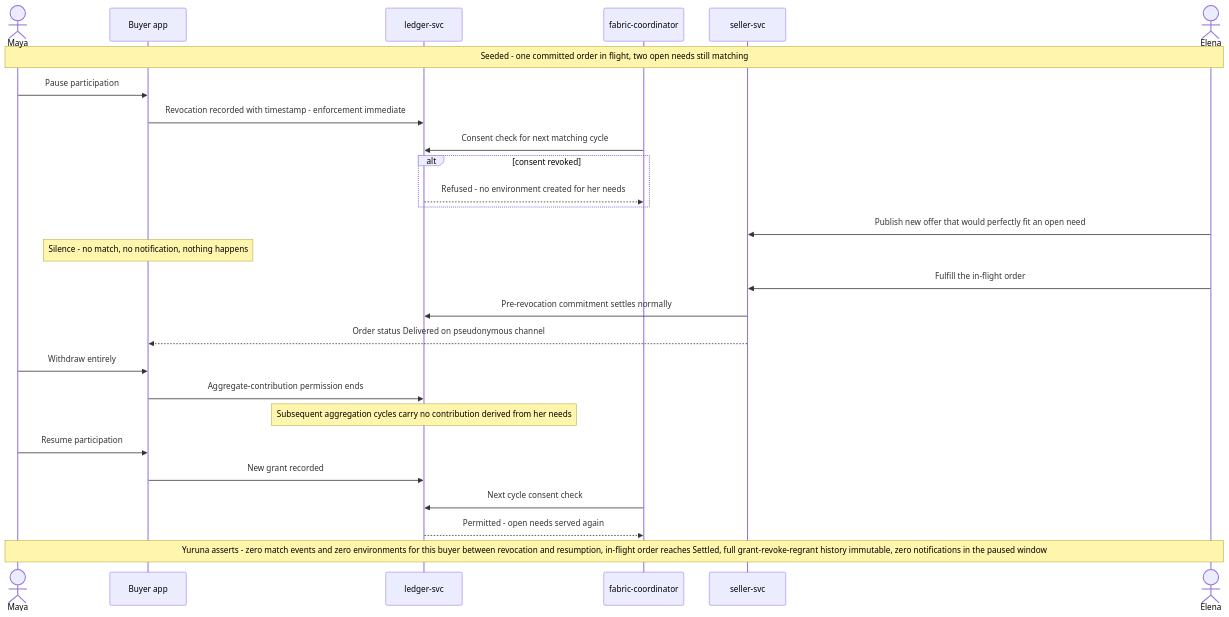
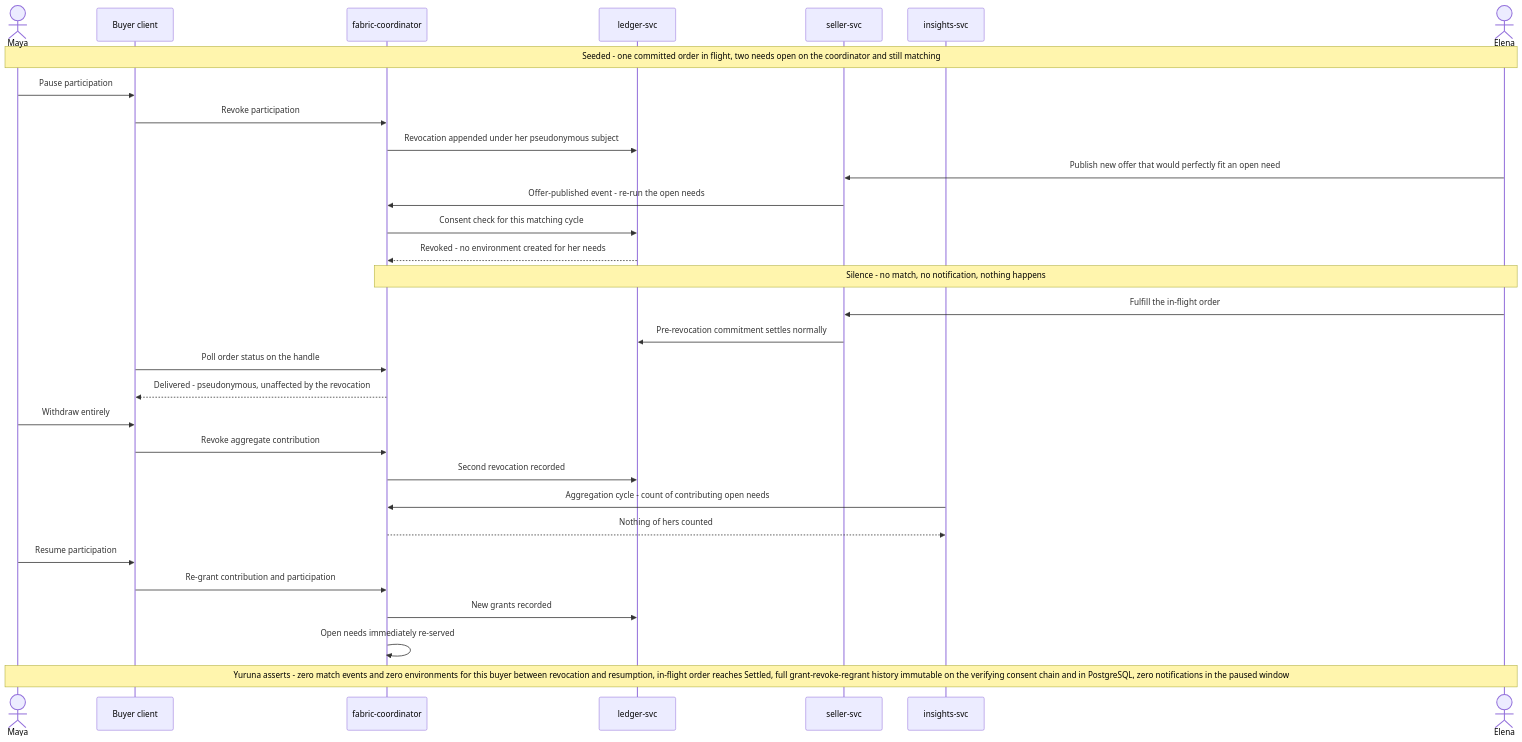
Before and after one commit to alius-git/amisad.dev: the diagram in plan/design/seq.s003.silence.md, drawn with Mermaid. The commit also changed 19 other files, not shown here.

````diff
--- a/plan/design/seq.s003.silence.md
+++ b/plan/design/seq.s003.silence.md
@@ -7,30 +7,34 @@
 ```mermaid
 sequenceDiagram
     actor Maya
-    participant BuyerApp as Buyer app
+    participant BuyerApp as Buyer client
+    participant Coordinator as fabric-coordinator
     participant LedgerSvc as ledger-svc
-    participant Coordinator as fabric-coordinator
     participant SellerSvc as seller-svc
+    participant InsightsSvc as insights-svc
     actor Elena
 
-    Note over Maya,Elena: Seeded - one committed order in flight, two open needs still matching
+    Note over Maya,Elena: Seeded - one committed order in flight, two needs open on the coordinator and still matching
     Maya->>BuyerApp: Pause participation
-    BuyerApp->>LedgerSvc: Revocation recorded with timestamp - enforcement immediate
-    Coordinator->>LedgerSvc: Consent check for next matching cycle
-    alt consent revoked
-        LedgerSvc-->>Coordinator: Refused - no environment created for her needs
-    end
+    BuyerApp->>Coordinator: Revoke participation
+    Coordinator->>LedgerSvc: Revocation appended under her pseudonymous subject
     Elena->>SellerSvc: Publish new offer that would perfectly fit an open need
-    Note over BuyerApp: Silence - no match, no notification, nothing happens
+    SellerSvc->>Coordinator: Offer-published event - re-run the open needs
+    Coordinator->>LedgerSvc: Consent check for this matching cycle
+    LedgerSvc-->>Coordinator: Revoked - no environment created for her needs
+    Note over Coordinator,Elena: Silence - no match, no notification, nothing happens
     Elena->>SellerSvc: Fulfill the in-flight order
     SellerSvc->>LedgerSvc: Pre-revocation commitment settles normally
-    SellerSvc-->>BuyerApp: Order status Delivered on pseudonymous channel
+    BuyerApp->>Coordinator: Poll order status on the handle
+    Coordinator-->>BuyerApp: Delivered - pseudonymous, unaffected by the revocation
     Maya->>BuyerApp: Withdraw entirely
-    BuyerApp->>LedgerSvc: Aggregate-contribution permission ends
-    Note over LedgerSvc: Subsequent aggregation cycles carry no contribution derived from her needs
+    BuyerApp->>Coordinator: Revoke aggregate contribution
+    Coordinator->>LedgerSvc: Second revocation recorded
+    InsightsSvc->>Coordinator: Aggregation cycle - count of contributing open needs
+    Coordinator-->>InsightsSvc: Nothing of hers counted
     Maya->>BuyerApp: Resume participation
-    BuyerApp->>LedgerSvc: New grant recorded
-    Coordinator->>LedgerSvc: Next cycle consent check
-    LedgerSvc-->>Coordinator: Permitted - open needs served again
-    Note over Maya,Elena: Yuruna asserts - zero match events and zero environments for this buyer between revocation and resumption, in-flight order reaches Settled, full grant-revoke-regrant history immutable, zero notifications in the paused window
+    BuyerApp->>Coordinator: Re-grant contribution and participation
+    Coordinator->>LedgerSvc: New grants recorded
+    Coordinator->>Coordinator: Open needs immediately re-served
+    Note over Maya,Elena: Yuruna asserts - zero match events and zero environments for this buyer between revocation and resumption, in-flight order reaches Settled, full grant-revoke-regrant history immutable on the verifying consent chain and in PostgreSQL, zero notifications in the paused window
 ```
````
